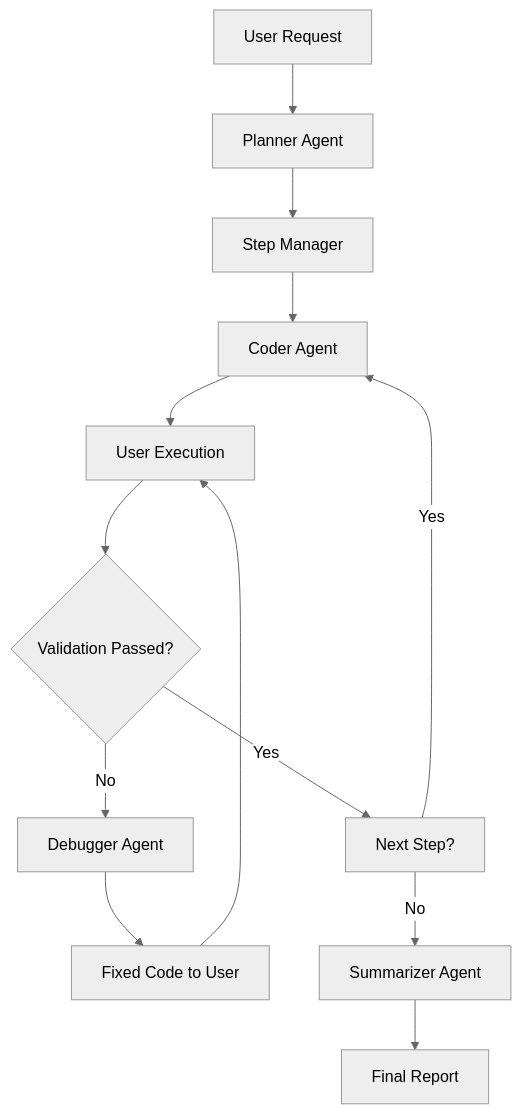
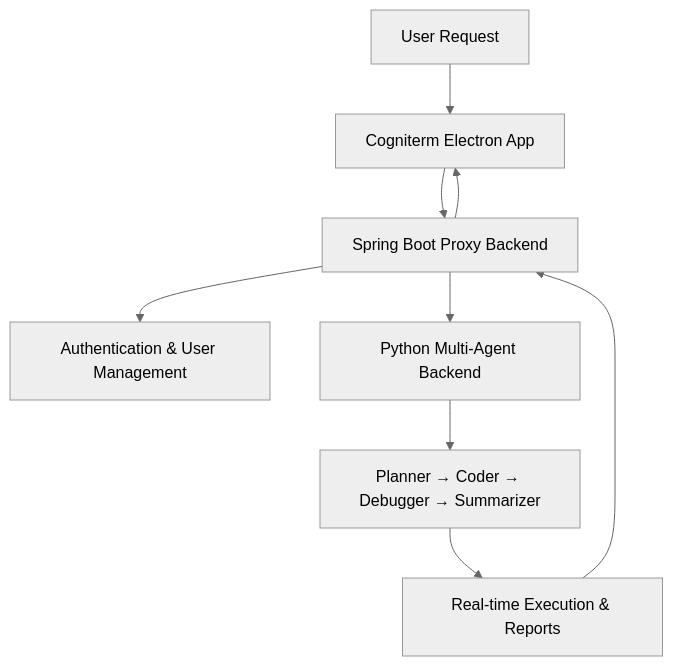
One commit to Dinith132/Cogniterm changed the diagram in README.md. Above: the diagram before and after it, drawn with Mermaid (neutral theme). The commit also changed other lines of this file, not shown here.

First line of the commit message:
Enhance README with backend and usage details

````diff
--- a/README.md
+++ b/README.md
@@ -15,15 +17,11 @@
 ```mermaid
 graph TD
-    A[User Request] --> B[Planner Agent]
-    B --> C[Step Manager]
-    C --> D[Coder Agent]
-    D --> E[User Execution]
-    E --> F{Validation Passed?}
-    F -->|Yes| G[Next Step?]
-    F -->|No| H[Debugger Agent]
-    H --> I[Fixed Code to User]
-    I --> E
-    G -->|Yes| D
-    G -->|No| J[Summarizer Agent]
-    J --> K[Final Report]
+    A[User Request] --> B[Cogniterm Electron App]
+    B --> C[Spring Boot Proxy Backend]
+    C --> D[Authentication & User Management]
+    C --> E[Python Multi-Agent Backend]
+    E --> F[Planner → Coder → Debugger → Summarizer]
+    F --> G[Real-time Execution & Reports]
+    G --> C
+    C --> B
 ```
````
